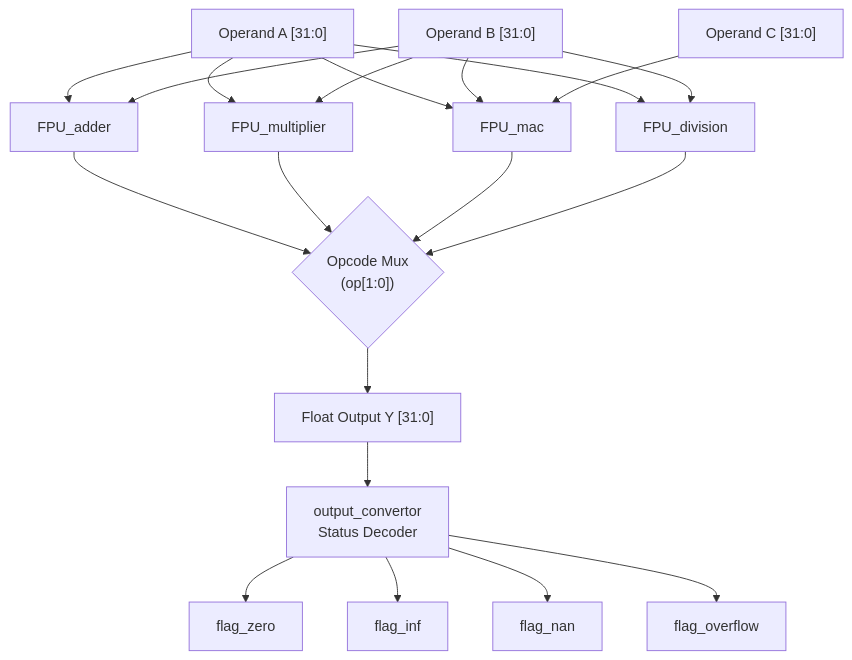
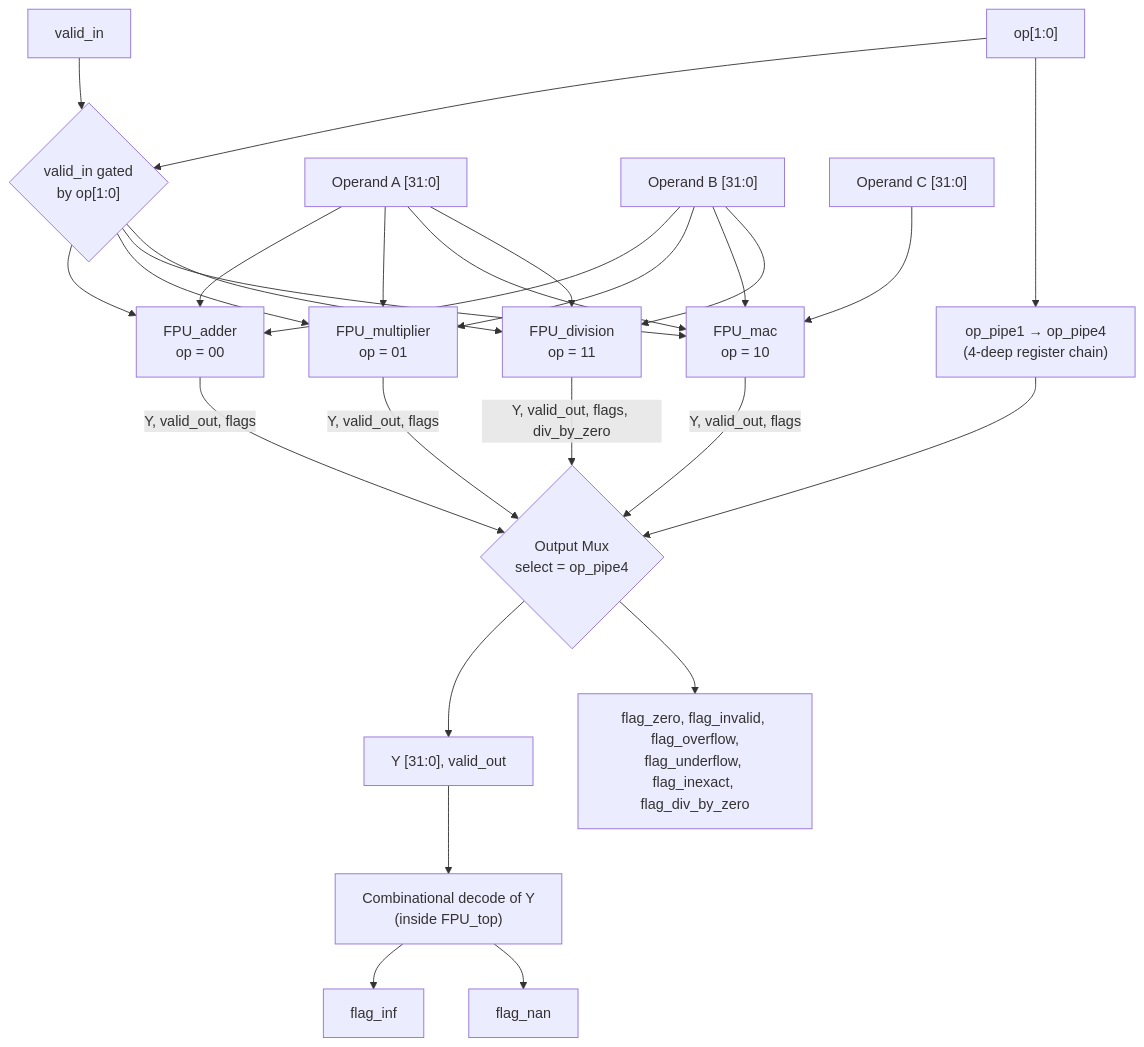
One commit to priyanshu029jain/FPU changed the first of 5 diagrams in diagram/system_architecture.md. Above: the diagram before and after it, drawn with Mermaid. The commit also changed other lines of this file and 1 other file, not shown here.

First line of the commit message:
docs(history): add second verification pass findings and redraw architecture diagrams

````diff
--- a/diagram/system_architecture.md
+++ b/diagram/system_architecture.md
@@ -5,26 +7,35 @@
 ```mermaid
 graph TD
-    A["Operand A [31:0]"] --> ADD["FPU_adder"]
-    A --> MUL["FPU_multiplier"]
-    A --> MAC["FPU_mac"]
-    A --> DIV["FPU_division"]
+    VIN["valid_in"] --> GATE{"valid_in gated<br/>by op[1:0]"}
+    OP["op[1:0]"] --> GATE
+    OP --> OPP["op_pipe1 → op_pipe4<br/>(4-deep register chain)"]
+
+    A["Operand A [31:0]"] --> ADD["FPU_adder<br/>op = 00"]
+    A --> MUL["FPU_multiplier<br/>op = 01"]
+    A --> MAC["FPU_mac<br/>op = 10"]
+    A --> DIV["FPU_division<br/>op = 11"]
 
     B["Operand B [31:0]"] --> ADD
     B --> MUL
     B --> MAC
     B --> DIV
 
     C["Operand C [31:0]"] --> MAC
 
-    ADD --> MUX{"Opcode Mux<br/>(op[1:0])"}
-    MUL --> MUX
-    MAC --> MUX
-    DIV --> MUX
+    GATE --> ADD
+    GATE --> MUL
+    GATE --> MAC
+    GATE --> DIV
 
-    MUX --> Y["Float Output Y [31:0]"]
-    Y --> STAT["output_convertor<br/>Status Decoder"]
-    STAT --> FZ["flag_zero"]
-    STAT --> FI["flag_inf"]
-    STAT --> FN["flag_nan"]
-    STAT --> FO["flag_overflow"]
+    ADD -- "Y, valid_out, flags" --> MUX{"Output Mux<br/>select = op_pipe4"}
+    MUL -- "Y, valid_out, flags" --> MUX
+    MAC -- "Y, valid_out, flags" --> MUX
+    DIV -- "Y, valid_out, flags, div_by_zero" --> MUX
+    OPP --> MUX
+
+    MUX --> Y["Y [31:0], valid_out"]
+    MUX --> FL["flag_zero, flag_invalid, flag_overflow,<br/>flag_underflow, flag_inexact, flag_div_by_zero"]
+    Y --> DEC["Combinational decode of Y<br/>(inside FPU_top)"]
+    DEC --> FI["flag_inf"]
+    DEC --> FN["flag_nan"]
 ```
````
